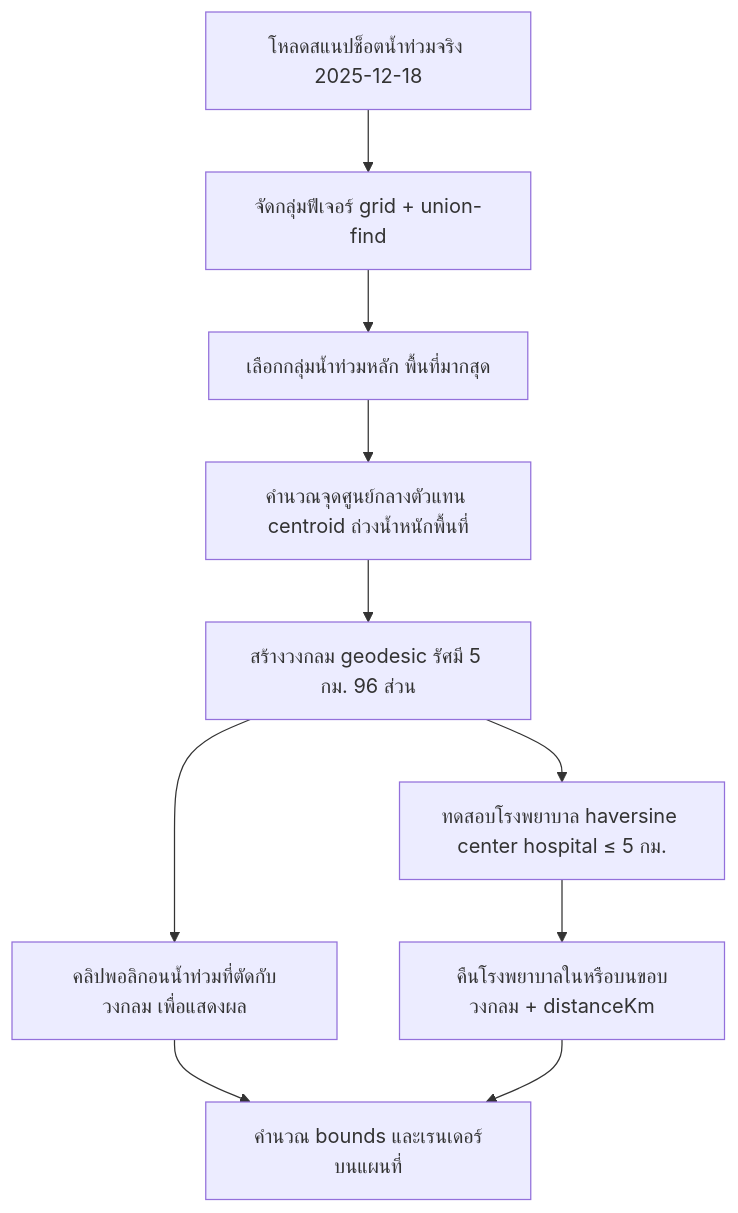
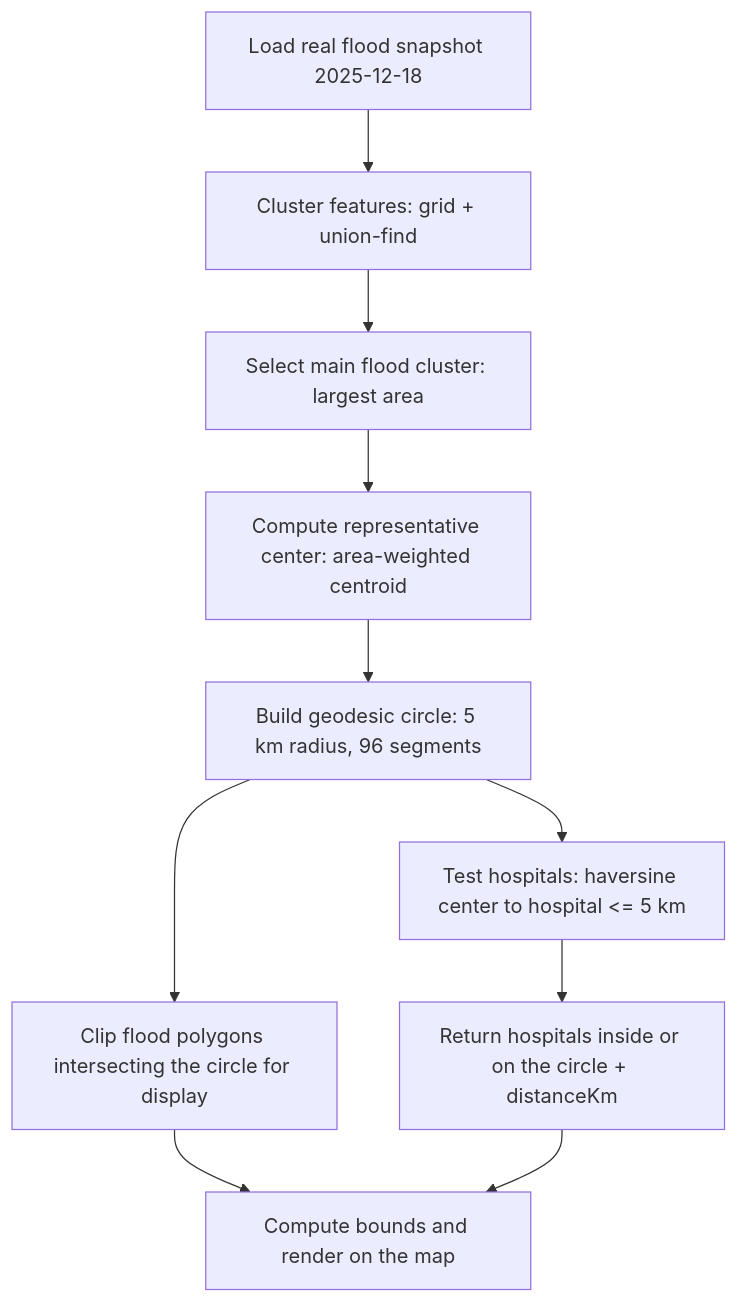
One commit to FY0ung/morphism changed the diagram in docs/hospitals-within-flood-buffer-analysis.md. Above: the diagram before and after it, drawn with Mermaid. The commit also changed other lines of this file and 1 other file, not shown here.

````diff
--- a/docs/hospitals-within-flood-buffer-analysis.md
+++ b/docs/hospitals-within-flood-buffer-analysis.md
@@ -80,12 +86,12 @@
 ```mermaid
 flowchart TD
-    A[โหลดสแนปช็อตน้ำท่วมจริง 2025-12-18] --> B[จัดกลุ่มฟีเจอร์ grid + union-find]
-    B --> C[เลือกกลุ่มน้ำท่วมหลัก พื้นที่มากสุด]
-    C --> D[คำนวณจุดศูนย์กลางตัวแทน centroid ถ่วงน้ำหนักพื้นที่]
-    D --> E[สร้างวงกลม geodesic รัศมี 5 กม. 96 ส่วน]
-    E --> F[คลิปพอลิกอนน้ำท่วมที่ตัดกับวงกลม เพื่อแสดงผล]
-    E --> G[ทดสอบโรงพยาบาล haversine center hospital ≤ 5 กม.]
-    G --> H[คืนโรงพยาบาลในหรือบนขอบวงกลม + distanceKm]
-    F --> I[คำนวณ bounds และเรนเดอร์บนแผนที่]
+    A[Load real flood snapshot 2025-12-18] --> B[Cluster features: grid + union-find]
+    B --> C[Select main flood cluster: largest area]
+    C --> D[Compute representative center: area-weighted centroid]
+    D --> E[Build geodesic circle: 5 km radius, 96 segments]
+    E --> F[Clip flood polygons intersecting the circle for display]
+    E --> G[Test hospitals: haversine center to hospital <= 5 km]
+    G --> H[Return hospitals inside or on the circle + distanceKm]
+    F --> I[Compute bounds and render on the map]
     H --> I
 ```
````
